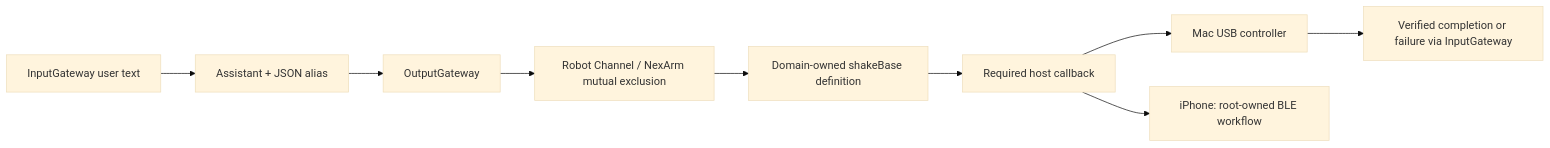
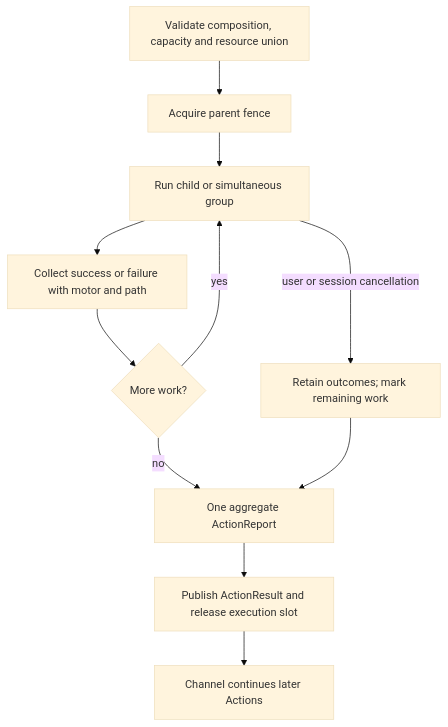
Before and after one commit to devilyouwei/MobileHarness: the third of 3 diagrams in MobileHarness/Actions/NexArm/README.md, drawn with Mermaid (base theme). The commit also changed other lines of this file and 120 other files, not shown here.

Commit message:
Refine NexArm arrival policies, action composition and module boundaries

````diff
--- a/MobileHarness/Actions/NexArm/README.md
+++ b/MobileHarness/Actions/NexArm/README.md
@@ -137,11 +141,13 @@
 ```mermaid
-flowchart LR
-    Input[InputGateway user text] --> Assistant[Assistant + JSON alias]
-    Assistant --> Output[OutputGateway]
-    Output --> Scheduler[Robot Channel / NexArm mutual exclusion]
-    Scheduler --> Action[Domain-owned shakeBase definition]
-    Action --> Binding[Required host callback]
-    Binding --> USB[Mac USB controller]
-    Binding --> Phone[iPhone: root-owned BLE workflow]
-    USB --> Result[Verified completion or failure via InputGateway]
+flowchart TD
+    Validate[Validate composition, capacity and resource union] --> Lock[Acquire parent fence]
+    Lock --> Child[Run child or simultaneous group]
+    Child --> Collect[Collect success or failure with motor and path]
+    Collect --> More{More work?}
+    More -->|yes| Child
+    More -->|no| Report[One aggregate ActionReport]
+    Child -->|user or session cancellation| Cancel[Retain outcomes; mark remaining work]
+    Cancel --> Report
+    Report --> Release[Publish ActionResult and release execution slot]
+    Release --> Next[Channel continues later Actions]
 ```
````
